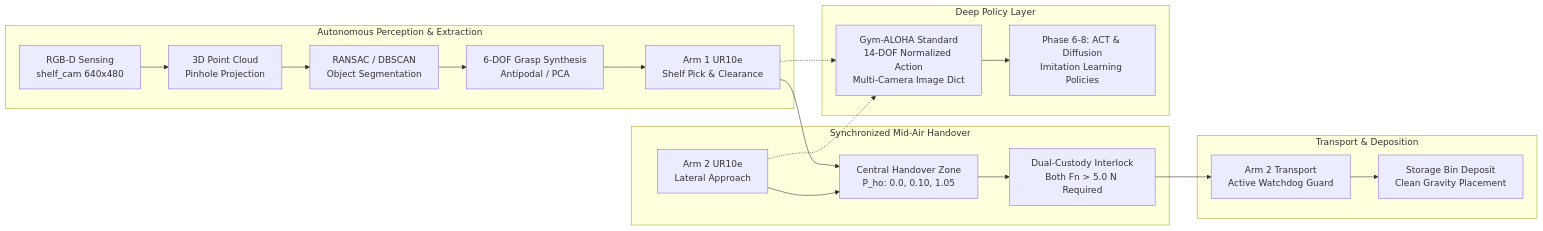
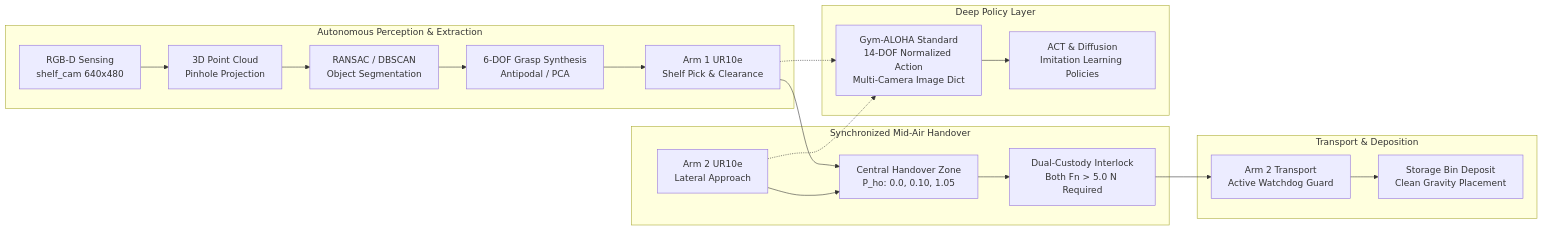
Before and after one commit to Digvijay2347/Robotic-Pick-and-Handover-System: the diagram in learning/overview.md, drawn with Mermaid. The commit also changed other lines of this file and 12 other files, not shown here.

````diff
--- a/learning/overview.md
+++ b/learning/overview.md
@@ -19,26 +19,26 @@
 ```mermaid
 graph LR
     subgraph Autonomous Perception & Extraction
         CAM[RGB-D Sensing<br/>shelf_cam 640x480] --> PCL[3D Point Cloud<br/>Pinhole Projection]
         PCL --> SEG[RANSAC / DBSCAN<br/>Object Segmentation]
         SEG --> GRP[6-DOF Grasp Synthesis<br/>Antipodal / PCA]
         GRP --> ARM1[Arm 1 UR10e<br/>Shelf Pick & Clearance]
     end
 
     subgraph Synchronized Mid-Air Handover
         ARM1 --> HO_ZONE[Central Handover Zone<br/>P_ho: 0.0, 0.10, 1.05]
         ARM2[Arm 2 UR10e<br/>Lateral Approach] --> HO_ZONE
         HO_ZONE --> INTLK[Dual-Custody Interlock<br/>Both Fn > 5.0 N Required]
     end
 
     subgraph Transport & Deposition
         INTLK --> TRANS[Arm 2 Transport<br/>Active Watchdog Guard]
         TRANS --> BIN[Storage Bin Deposit<br/>Clean Gravity Placement]
     end
 
     subgraph Deep Policy Layer
         ARM1 -.-> GYM[Gym-ALOHA Standard<br/>14-DOF Normalized Action<br/>Multi-Camera Image Dict]
         ARM2 -.-> GYM
-        GYM --> ACT[Phase 6-8: ACT & Diffusion<br/>Imitation Learning Policies]
+        GYM --> ACT[ACT & Diffusion<br/>Imitation Learning Policies]
     end
 ```
````
